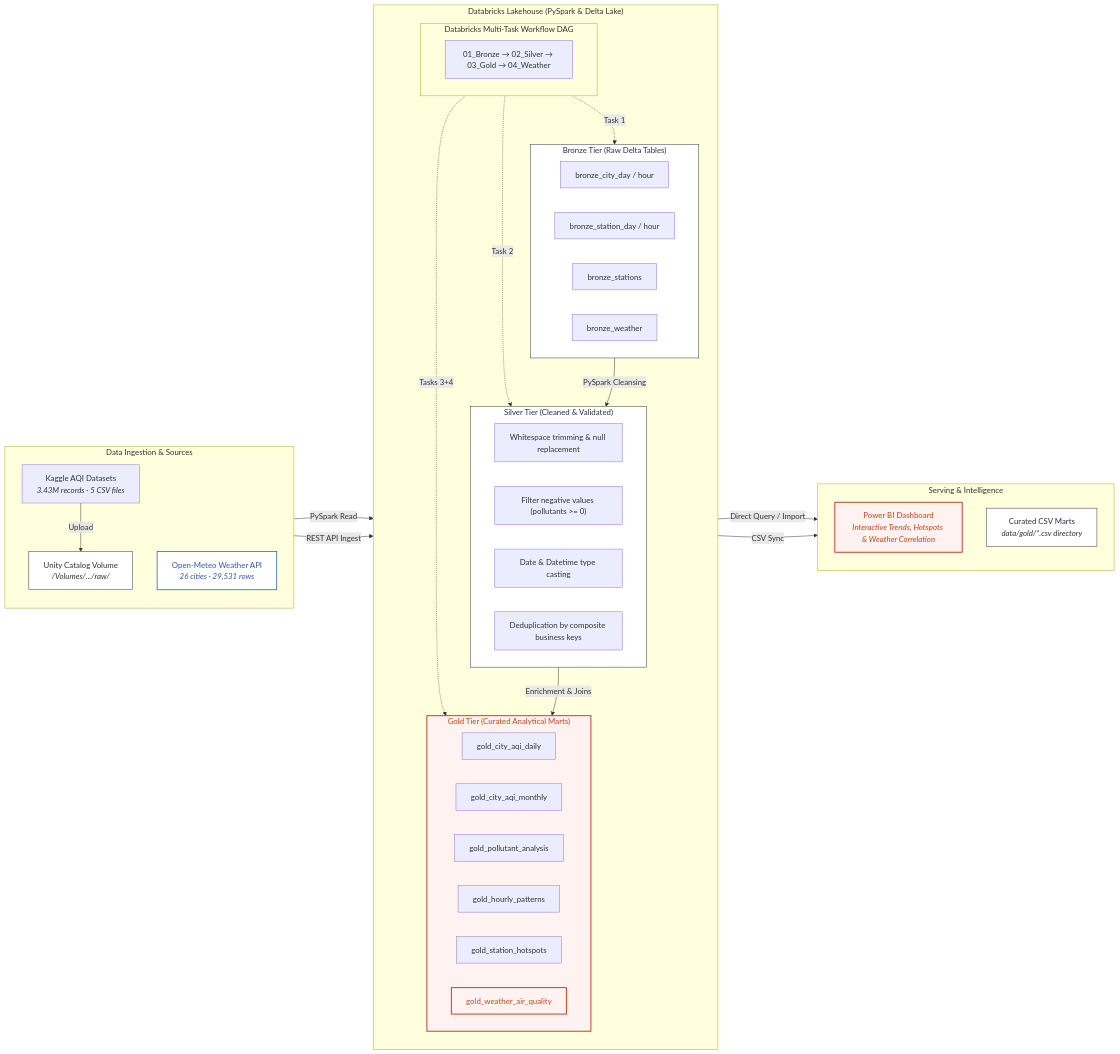
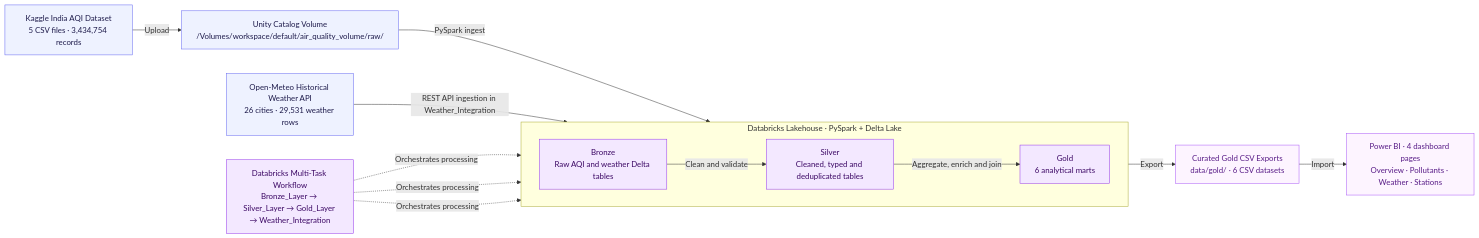
The diagram in docs/03_Project_Architecture.md (Rudra-AI-2127/Smart-City-Air-Quality-Intelligence), drawn with Mermaid before and after one commit. The commit also changed other lines of this file and 8 other files, not shown here.

First line of the commit message:
Add Power BI dashboards, architecture diagram and update documentation

````diff
--- a/docs/03_Project_Architecture.md
+++ b/docs/03_Project_Architecture.md
@@ -25,66 +27,35 @@
 ```mermaid
 flowchart LR
-    subgraph SOURCELAYER["Data Ingestion & Sources"]
-        direction TB
-        SRC_KAGGLE["Kaggle AQI Datasets<br/><i>3.43M records · 5 CSV files</i>"]
-        SRC_VOLUME["Unity Catalog Volume<br/><i>/Volumes/.../raw/</i>"]
-        SRC_WEATHER["Open-Meteo Weather API<br/><i>26 cities · 29,531 rows</i>"]
-        SRC_KAGGLE -->|Upload| SRC_VOLUME
+    K["Kaggle India AQI Dataset<br/>5 CSV files · 3,434,754 records"]
+    W["Open-Meteo Historical Weather API<br/>26 cities · 29,531 weather rows"]
+    V["Unity Catalog Volume<br/>/Volumes/workspace/default/air_quality_volume/raw/"]
+
+    subgraph DB["Databricks Lakehouse · PySpark + Delta Lake"]
+        direction LR
+        B["Bronze<br/>Raw AQI and weather Delta tables"]
+        S["Silver<br/>Cleaned, typed and deduplicated tables"]
+        G["Gold<br/>6 analytical marts"]
+        B -->|Clean and validate| S
+        S -->|Aggregate, enrich and join| G
     end
 
-    subgraph LAKEHOUSE["Databricks Lakehouse (PySpark & Delta Lake)"]
-        direction TB
-        
-        subgraph ORCHESTRATOR["Databricks Multi-Task Workflow DAG"]
-            DAG_TASK["01_Bronze → 02_Silver → 03_Gold → 04_Weather"]
-        end
+    O["Databricks Multi-Task Workflow<br/>Bronze_Layer → Silver_Layer → Gold_Layer → Weather_Integration"]
+    C["Curated Gold CSV Exports<br/>data/gold/ · 6 CSV datasets"]
+    P["Power BI · 4 dashboard pages<br/>Overview · Pollutants · Weather · Stations"]
 
-        subgraph BRONZELAYER["Bronze Tier (Raw Delta Tables)"]
-            B1["bronze_city_day / hour"]
-            B2["bronze_station_day / hour"]
-            B3["bronze_stations"]
-            B4["bronze_weather"]
-        end
+    K -->|Upload| V
+    V -->|PySpark ingest| B
+    W -->|REST API ingestion in Weather_Integration| B
+    G -->|Export| C
+    C -->|Import| P
+    O -.->|Orchestrates processing| B
+    O -.->|Orchestrates processing| S
+    O -.->|Orchestrates processing| G
 
-        subgraph SILVERLAYER["Silver Tier (Cleaned & Validated)"]
-            S1["Whitespace trimming & null replacement"]
-            S2["Filter negative values (pollutants >= 0)"]
-            S3["Date & Datetime type casting"]
-            S4["Deduplication by composite business keys"]
-        end
-
-        subgraph GOLDLAYER["Gold Tier (Curated Analytical Marts)"]
-            G1["gold_city_aqi_daily"]
-            G2["gold_city_aqi_monthly"]
-            G3["gold_pollutant_analysis"]
-            G4["gold_hourly_patterns"]
-            G5["gold_station_hotspots"]
-            G6["gold_weather_air_quality"]
-        end
-
-        ORCHESTRATOR -.->|Task 1| BRONZELAYER
-        ORCHESTRATOR -.->|Task 2| SILVERLAYER
-        ORCHESTRATOR -.->|Tasks 3+4| GOLDLAYER
-
-        BRONZELAYER -->|PySpark Cleansing| SILVERLAYER
-        SILVERLAYER -->|Enrichment & Joins| GOLDLAYER
-    end
-
-    subgraph SERVINGLAYER["Serving & Intelligence"]
-        direction TB
-        BI["Power BI Dashboard<br/><i>Interactive Trends, Hotspots & Weather Correlation</i>"]
-        CSV_OUT["Curated CSV Marts<br/><i>data/gold/*.csv directory</i>"]
-    end
-
-    SRC_VOLUME -->|PySpark Read| BRONZELAYER
-    SRC_WEATHER -->|REST API Ingest| BRONZELAYER
-    GOLDLAYER -->|Direct Query / Import| BI
-    GOLDLAYER -->|CSV Sync| CSV_OUT
-
-    classDef focal fill:#fef3f0,stroke:#bf4520,stroke-width:2px,color:#bf4520;
-    classDef standard fill:#ffffff,stroke:#2d3142,stroke-width:1px,color:#2d3142;
-    classDef api fill:#ffffff,stroke:#2e5aa8,stroke-width:1.5px,color:#2e5aa8;
-    class GOLDLAYER,G6,BI focal;
-    class SRC_WEATHER api;
-    class BRONZELAYER,SILVERLAYER,SRC_VOLUME,CSV_OUT standard;
+    classDef source fill:#eef2ff,stroke:#6366f1,color:#1e1b4b;
+    classDef pipeline fill:#f3e8ff,stroke:#9333ea,color:#3b0764;
+    classDef output fill:#fdf4ff,stroke:#a855f7,color:#581c87;
+    class K,W,V source;
+    class B,S,G,O pipeline;
+    class C,P output;
 ```
````
